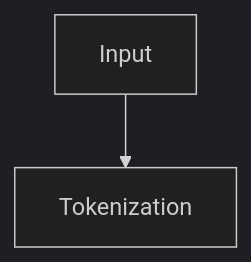
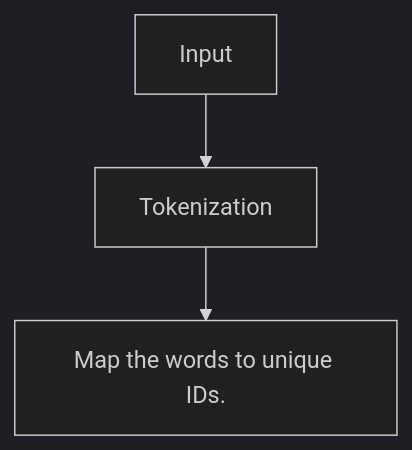
One commit to Amitav-Krishna/search_engine changed the diagram in README.md. Above: the diagram before and after it, drawn with Mermaid (dark theme). The commit also changed 6 other files, not shown here.

````diff
--- a/README.md
+++ b/README.md
@@ -3,5 +3,5 @@
 ```mermaid
 graph TD
   A[Input] --> B[Tokenization]
-
+  B --> C[Map the words to unique IDs.]
 ```
````
